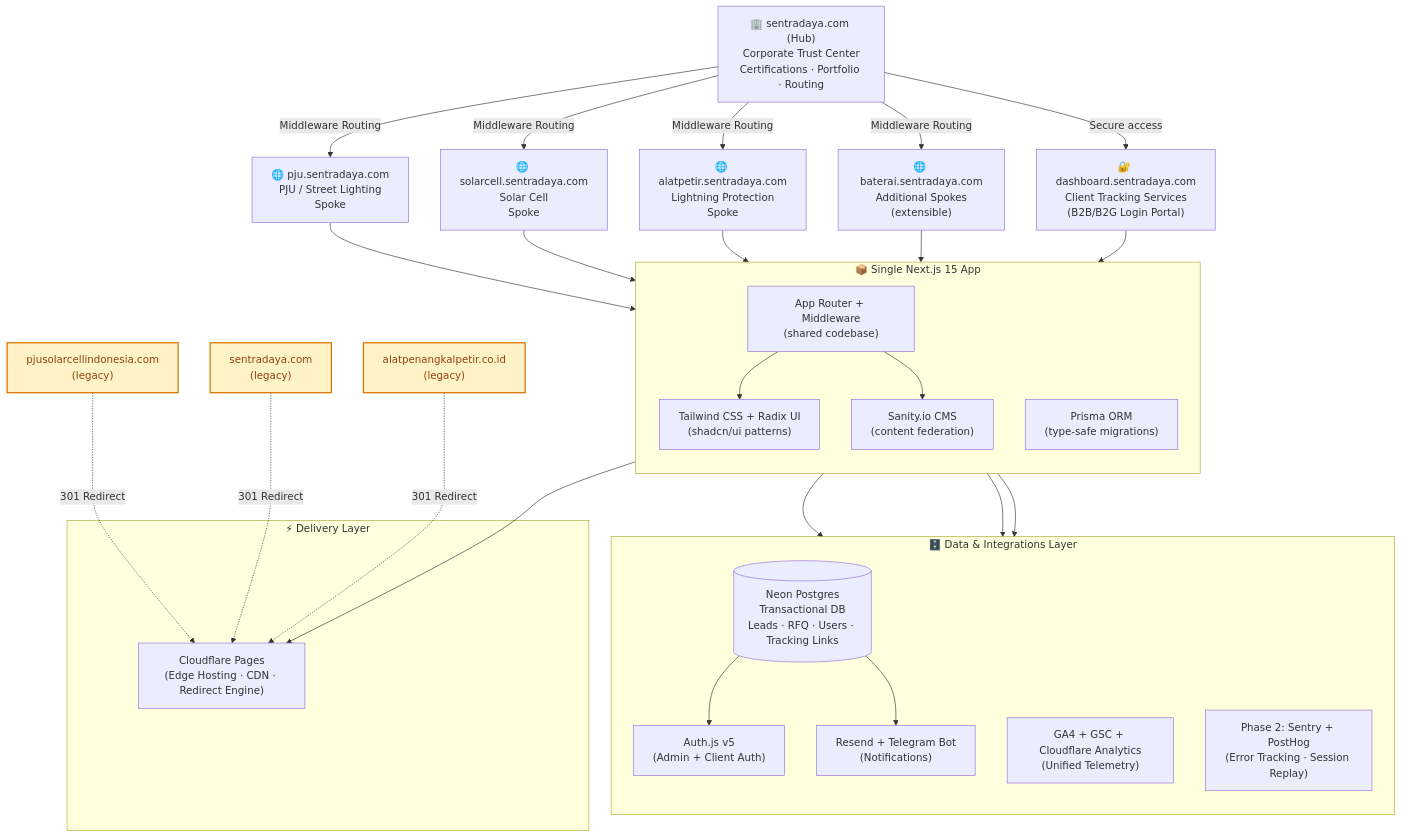
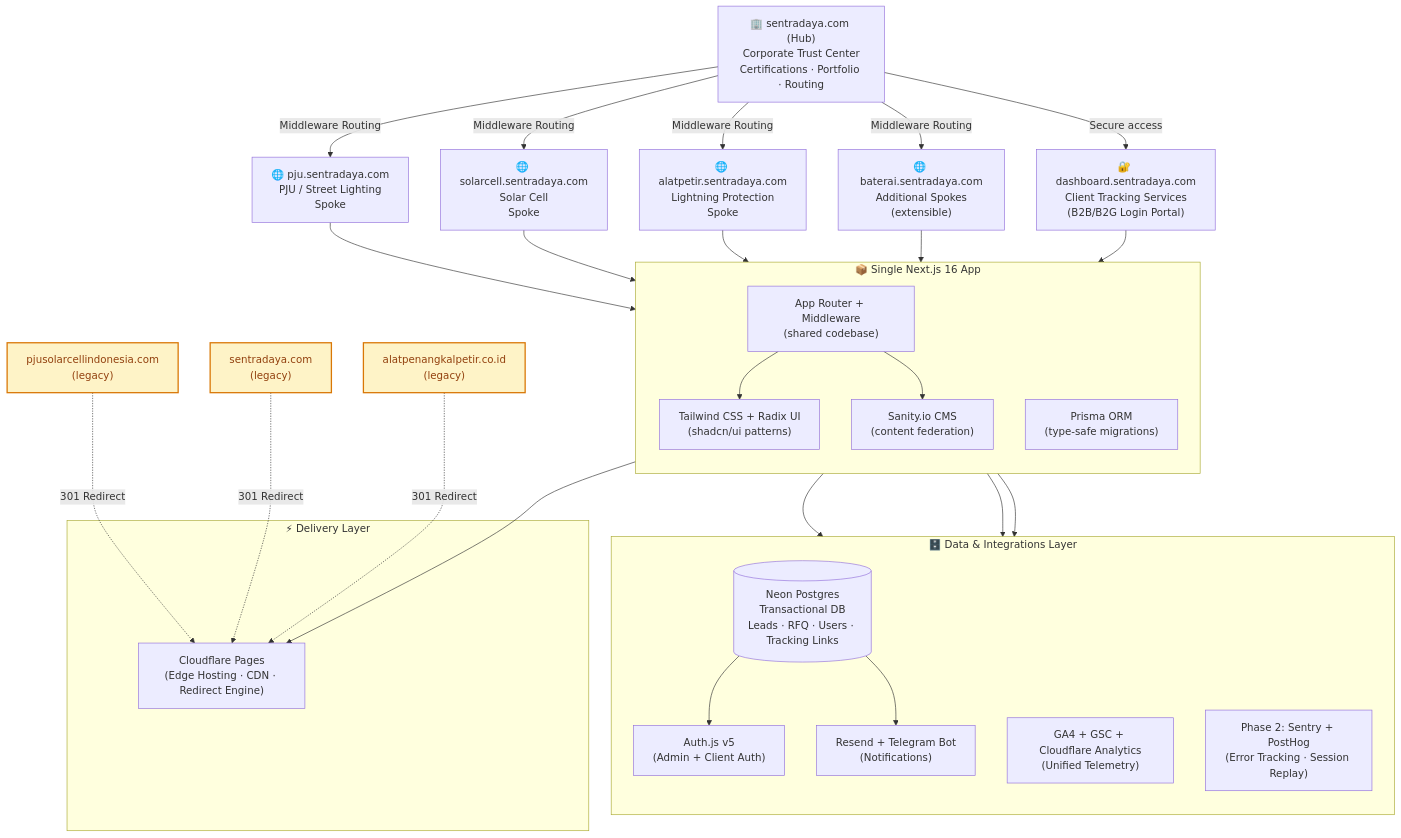
The first of 3 diagrams in docs/core/prd/prd-v3.md (pampam666/website), drawn with Mermaid before and after one commit. The commit also changed other lines of this file and 6 other files, not shown here.

Commit message:
docs: add core project documentation for information architecture, PRDs, and roadmap and update tsconfig

````diff
--- a/docs/core/prd/prd-v3.md
+++ b/docs/core/prd/prd-v3.md
@@ -99,49 +99,49 @@
 ```mermaid
 ---
 config:
   layout: dagre
 ---
 flowchart TD
     classDef entry fill:#fef3c7,stroke:#d97706,stroke-width:2px,color:#92400e
     classDef conversion fill:#fff7ed,stroke:#ea580c,stroke-width:2px,color:#9a3412
 
     Root["🏢 sentradaya.com (Hub)\nCorporate Trust Center\nCertifications · Portfolio · Routing"]
     Root -->|"Middleware Routing"| S1["🌐 pju.sentradaya.com\nPJU / Street Lighting\nSpoke"]
     Root -->|"Middleware Routing"| S2["🌐 solarcell.sentradaya.com\nSolar Cell\nSpoke"]
     Root -->|"Middleware Routing"| S3["🌐 alatpetir.sentradaya.com\nLightning Protection\nSpoke"]
     Root -->|"Middleware Routing"| SN["🌐 baterai.sentradaya.com\nAdditional Spokes\n(extensible)"]
     Root -->|"Secure access"| SD["🔐 dashboard.sentradaya.com\nClient Tracking Services\n(B2B/B2G Login Portal)"]
-    subgraph SingleApp ["📦 Single Next.js 15 App"]
+    subgraph SingleApp ["📦 Single Next.js 16 App"]
         direction TB
         NextJS["App Router + Middleware\n(shared codebase)"]
         DesignSystem["Tailwind CSS + Radix UI\n(shadcn/ui patterns)"]
         SanityFed["Sanity.io CMS\n(content federation)"]
         PrismaORM["Prisma ORM\n(type-safe migrations)"]
     end
     subgraph DataLayer ["🗄️ Data & Integrations Layer"]
         direction TB
         PS[("Neon Postgres\nTransactional DB\nLeads · RFQ · Users · Tracking Links")]
         Auth["Auth.js v5\n(Admin + Client Auth)"]
         Notif["Resend + Telegram Bot\n(Notifications)"]
         GA["GA4 + GSC + Cloudflare Analytics\n(Unified Telemetry)"]
         Mon["Phase 2: Sentry + PostHog\n(Error Tracking · Session Replay)"]
     end
     subgraph EdgeLayer ["⚡ Delivery Layer"]
         CF["Cloudflare Pages\n(Edge Hosting · CDN · Redirect Engine)"]
     end
     S1 & S2 & S3 & SN & SD --> NextJS
     NextJS --> DesignSystem
     NextJS --> SanityFed
     NextJS --> PS
     PS --> Auth
     PS --> Notif
     NextJS --> GA
     NextJS --> Mon
     NextJS --> CF
     Legacy1["pjusolarcellindonesia.com\n(legacy)"] -.->|"301 Redirect"| CF
     Legacy2["sentradaya.com\n(legacy)"] -.->|"301 Redirect"| CF
     Legacy3["alatpenangkalpetir.co.id\n(legacy)"] -.->|"301 Redirect"| CF
     class Legacy1 entry
     class Legacy2 entry
     class Legacy3 entry
 ```
````
